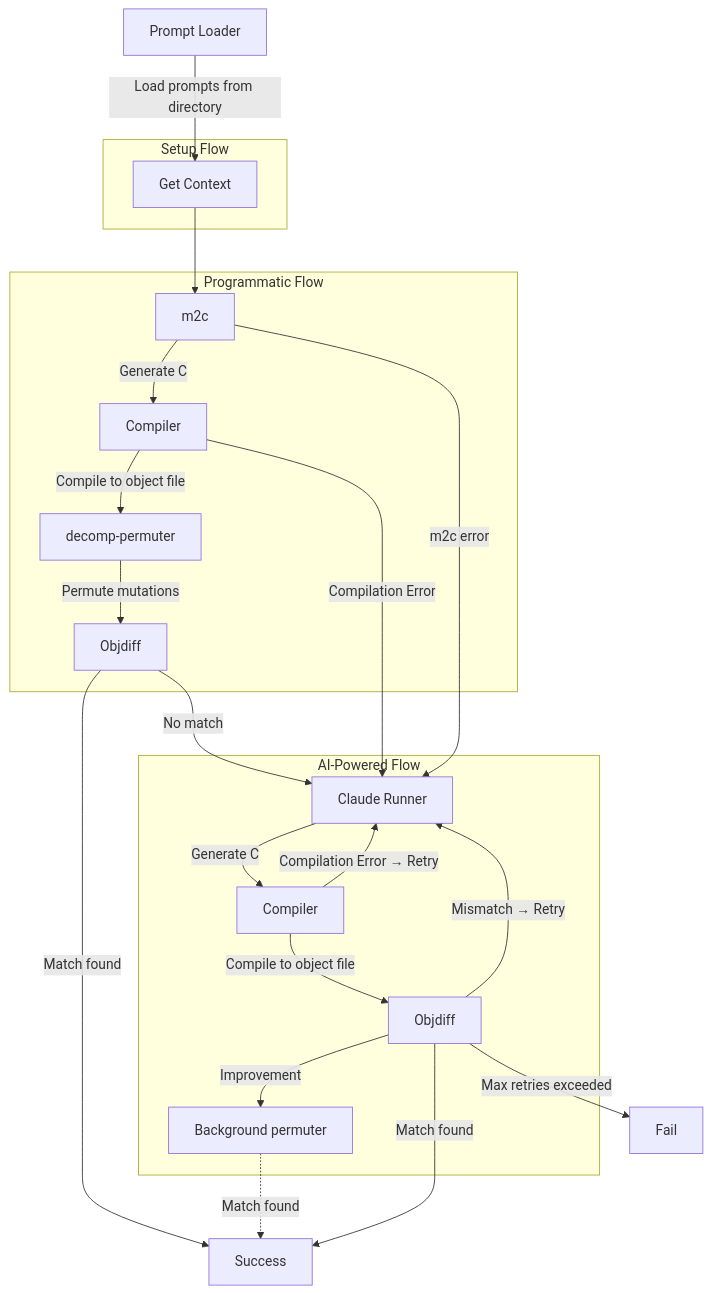
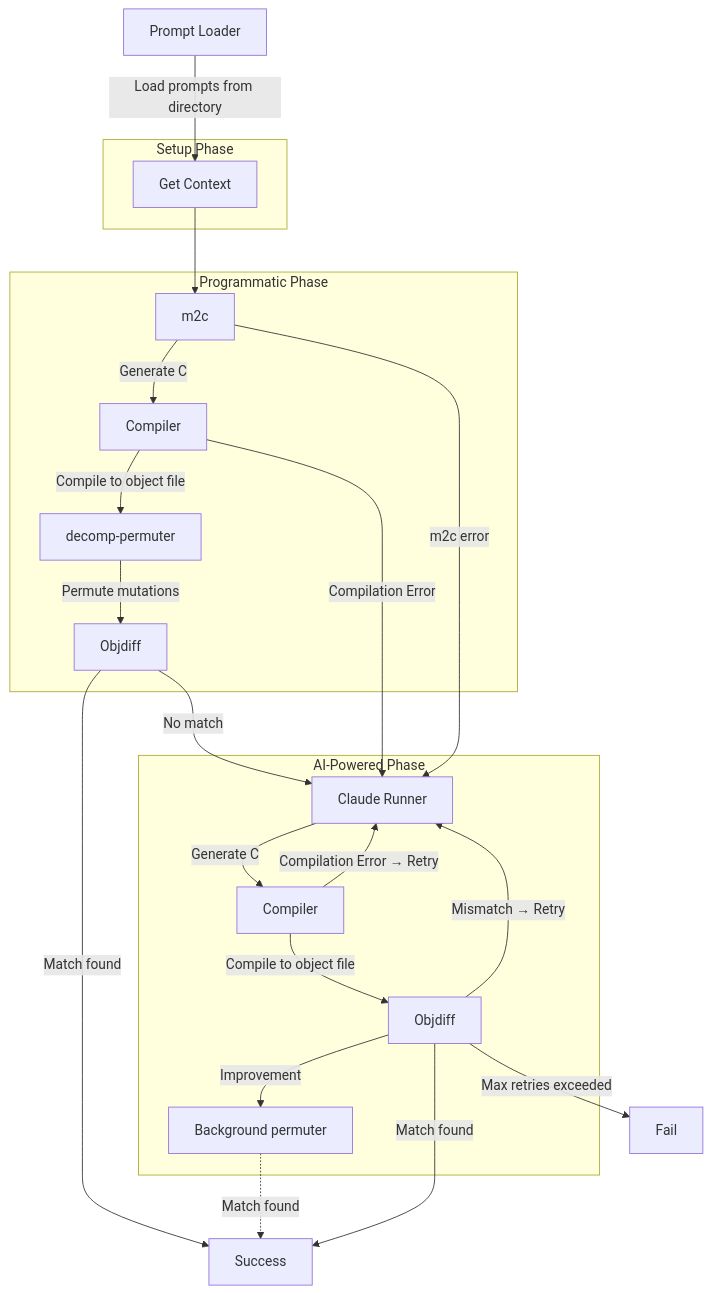
Before and after one commit to macabeus/mizuchi: the diagram in README.md, drawn with Mermaid. The commit also changed other lines of this file and 17 other files, not shown here.

Commit message:
chore: rename `flow` -> `phase`

````diff
--- a/README.md
+++ b/README.md
@@ -133,42 +133,42 @@
 ```mermaid
 flowchart TD
   A[Prompt Loader] --> |Load prompts from directory| O
 
-  subgraph Setup Flow
+  subgraph Setup Phase
     O[Get Context]
   end
 
   O --> M
 
-  subgraph Programmatic Flow
+  subgraph Programmatic Phase
     M[m2c]
     MC[Compiler]
     MP[decomp-permuter]
 
     M --> |Generate C| MC
     MC --> |Compile to object file| MP
     MP --> |Permute mutations| MD[Objdiff]
   end
 
   M --> |m2c error| B
   MC --> |Compilation Error| B
   MD --> |Match found| E[Success]
   MD --> |No match| B
 
-  subgraph AI-Powered Flow
+  subgraph AI-Powered Phase
     B[Claude Runner]
     C[Compiler]
     D[Objdiff]
     BP[Background permuter]
 
     B --> |Generate C| C
     C --> |Compilation Error → Retry| B
     C --> |Compile to object file| D
     D --> |Improvement| BP
     D --> |Mismatch → Retry| B
   end
 
   BP -.-> |Match found| E
   D --> |Match found| E
   D --> |Max retries exceeded| F[Fail]
 ```
````
